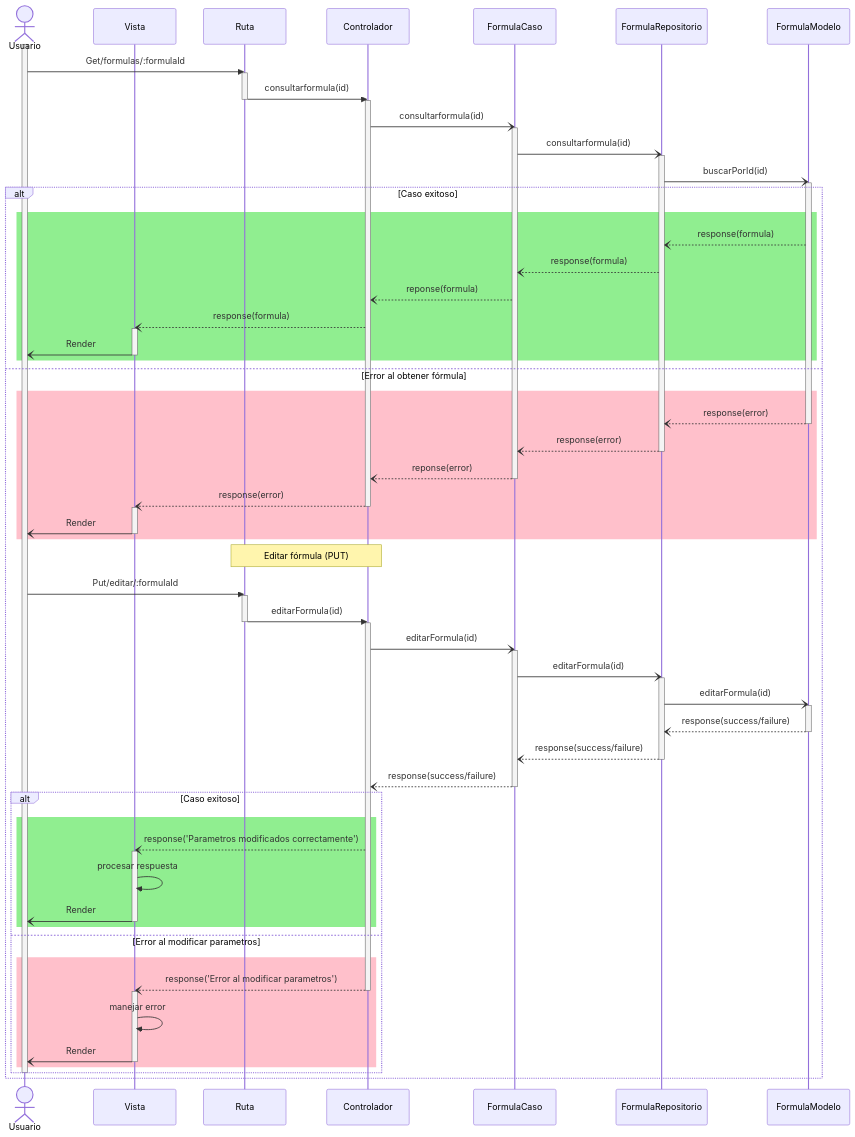
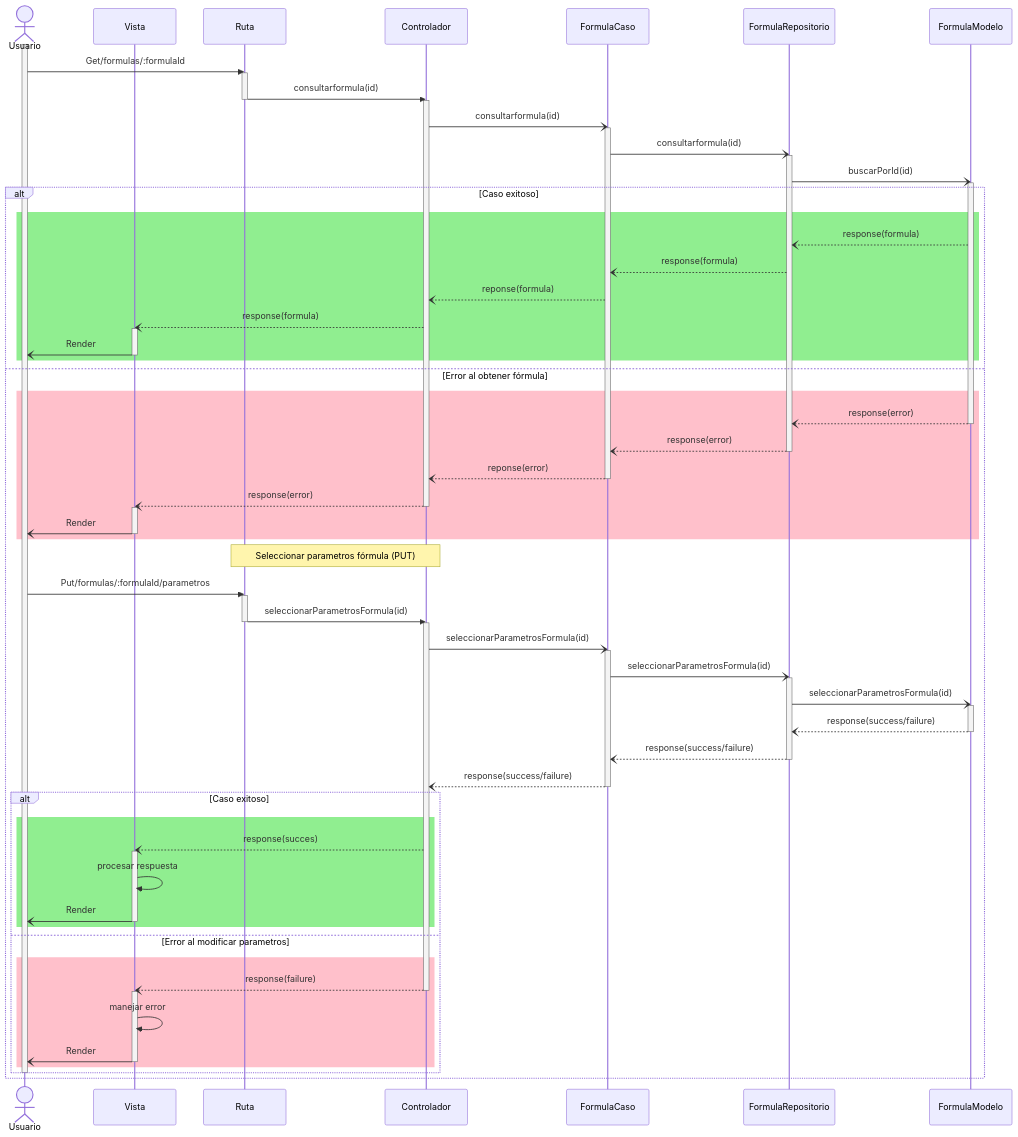
The diagram in documentation/docs/proyectos/tractores/documentacion/requisitos/RF72.md (CodeAnd-Co/Documentacion), drawn with Mermaid before and after one commit.

Commit message:
Corregir componentes en diagrama

```diff
--- a/documentation/docs/proyectos/tractores/documentacion/requisitos/RF72.md
+++ b/documentation/docs/proyectos/tractores/documentacion/requisitos/RF72.md
@@ -73,17 +73,17 @@
     end
 
 
-    note over route, controller: Editar fórmula (PUT)
-    Usuario->>route: Put/editar/:formulaId
+    note over route, controller: Seleccionar parametros fórmula (PUT)
+    Usuario->>route: Put/formulas/:formulaId/parametros
     activate route
-    route->>controller: editarFormula(id)
+    route->>controller: seleccionarParametrosFormula(id)
     deactivate route
     activate controller
-    controller-)usecase: editarFormula(id)
+    controller-)usecase: seleccionarParametrosFormula(id)
     activate usecase
-    usecase-)repository: editarFormula(id)
+    usecase-)repository: seleccionarParametrosFormula(id)
     activate repository
-    repository-)model: editarFormula(id)
+    repository-)model: seleccionarParametrosFormula(id)
     activate model
     model--)repository: response(success/failure)
     deactivate model
@@ -93,7 +93,7 @@
     deactivate usecase
     alt Caso exitoso
       rect Lightgreen
-      controller--)view: response('Parametros modificados correctamente')
+      controller--)view: response(succes)
       activate view
       view->>view: procesar respuesta
       view-)Usuario: Render
@@ -101,7 +101,7 @@
       end
     else Error al modificar parametros
       rect Pink
-      controller--)view: response('Error al modificar parametros')
+      controller--)view: response(failure)
       deactivate controller
       activate view
       view->>view: manejar error
```
